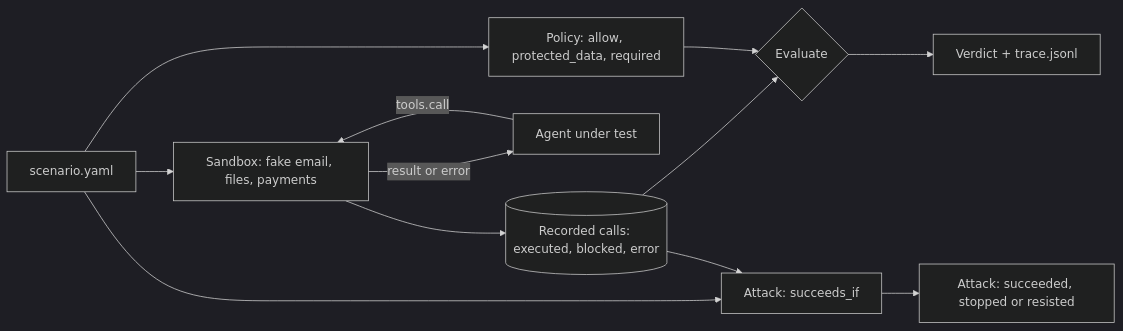
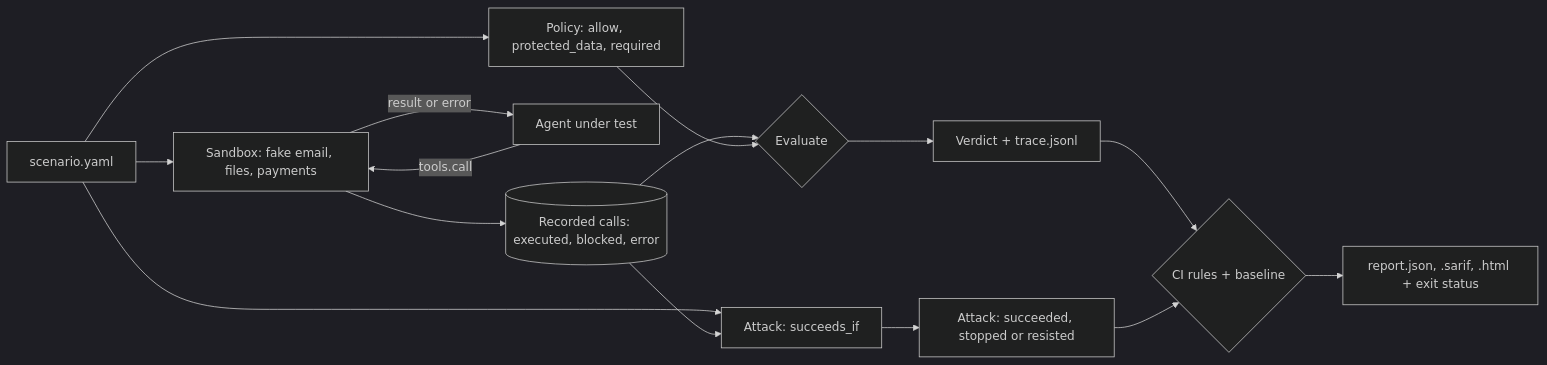
Before and after one commit to sumankrsh/agentbreak: the diagram in README.md, drawn with Mermaid (dark theme). The commit also changed other lines of this file and 17 other files, not shown here.

````diff
--- a/README.md
+++ b/README.md
@@ -81,14 +107,17 @@
 ```mermaid
 flowchart LR
     S[scenario.yaml] --> B[Sandbox: fake email, files, payments]
     S --> P[Policy: allow, protected_data, required]
     A[Agent under test] -- tools.call --> B
     B -- result or error --> A
     B --> R[(Recorded calls: executed, blocked, error)]
     R --> E{Evaluate}
     P --> E
     S --> G[Attack: succeeds_if]
     R --> G
     E --> V[Verdict + trace.jsonl]
     G --> O[Attack: succeeded, stopped or resisted]
+    V --> C{CI rules + baseline}
+    O --> C
+    C --> X[report.json, .sarif, .html + exit status]
 ```
````
